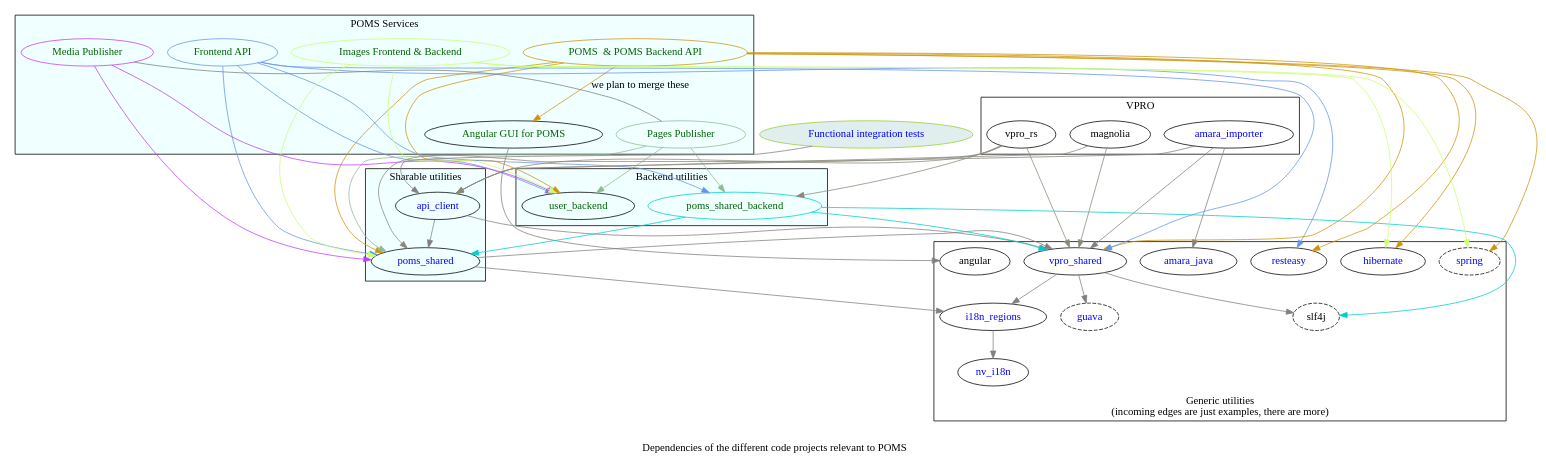
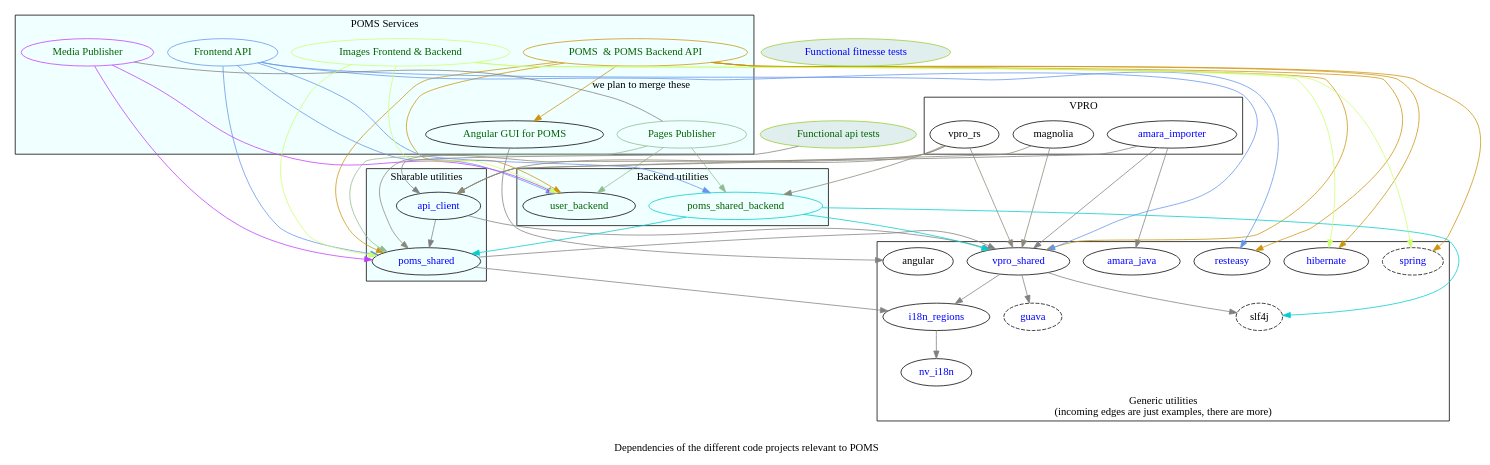
The diagram in poms-dependencies.dot (npo-poms/poms-parent), drawn with Graphviz before and after one commit. The commit also changed 3 other files, not shown here.

Commit message:
corrected link to api tests

```diff
--- a/poms-dependencies.dot
+++ b/poms-dependencies.dot
@@ -95,9 +95,17 @@
     color=darkolivegreen1
   ]
   functional_tests [
-    label="Functional integration tests"
+    label="Functional fitnesse tests"
     href="https://github.com/npo-poms/functional-tests"
     fontcolor=blue
+    color=yellowgreen
+    fillcolor=azure2
+    style=filled
+  ]
+  api_tests [
+    label="Functional api tests"
+    href="https://git.vpro.nl/npo/test/api-tests"
+    fontcolor=darkgreen
     color=yellowgreen
     fillcolor=azure2
     style=filled
@@ -244,7 +252,7 @@
     angular
    }
 
-  functional_tests -> {
+  api_tests -> {
      api_client
   }
 
```
